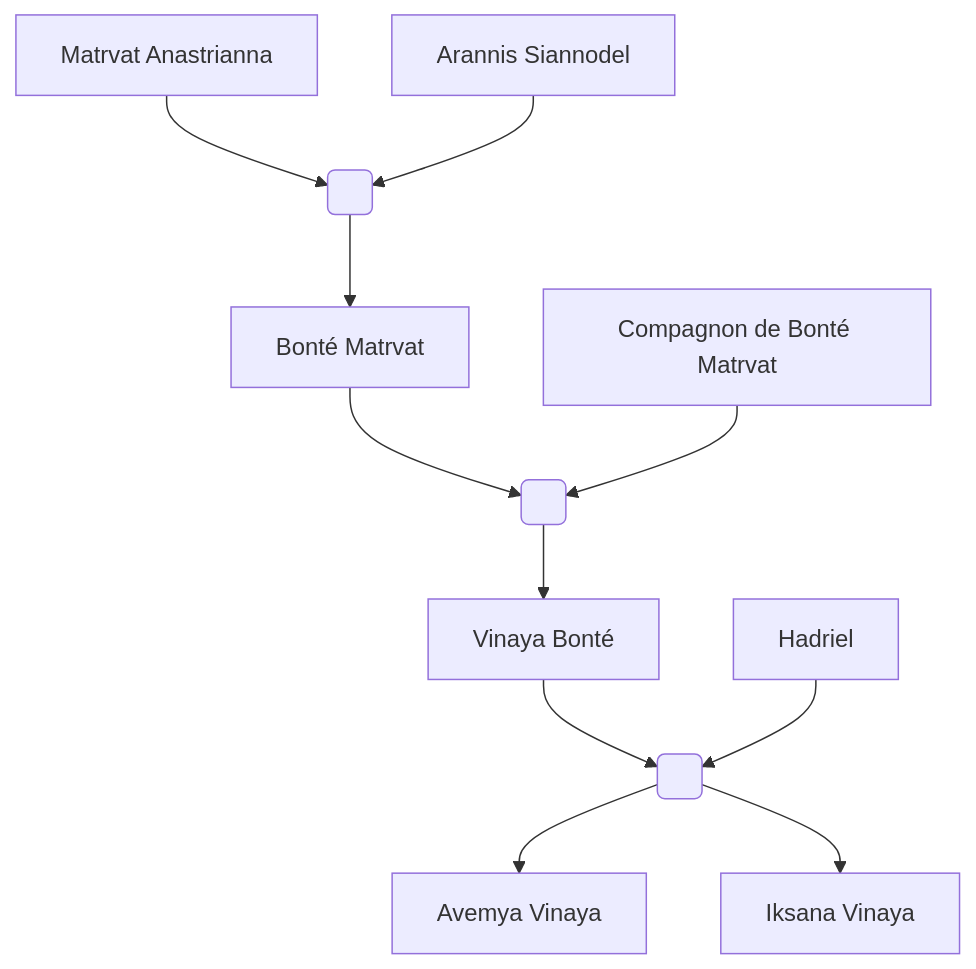
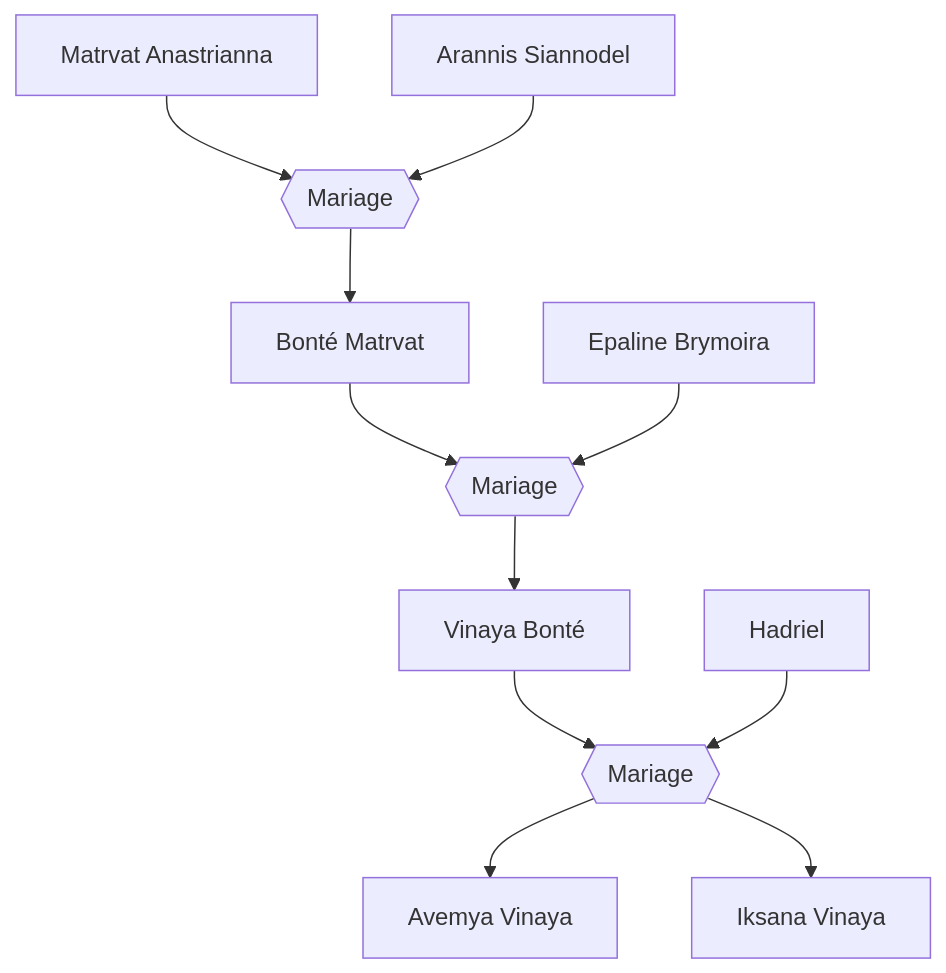
Before and after one commit to Taratatsa/Envia: the diagram in Personnages/Joueur/Une Angélique Errance/Iksana Vinaya.md, drawn with Mermaid. The commit also changed 5 other files, not shown here.

````diff
--- a/Personnages/Joueur/Une Angélique Errance/Iksana Vinaya.md
+++ b/Personnages/Joueur/Une Angélique Errance/Iksana Vinaya.md
@@ -200,18 +200,18 @@
 ```mermaid
 graph TD
-    MA[Matrvat Anastrianna] --> MAxAS( )
+    MA[Matrvat Anastrianna] --> MAxAS{{Mariage}}
     AS[Arannis Siannodel] --> MAxAS
 
     MAxAS --> BM[Bonté Matrvat]
 
-	BM --> BMxS1( )
-    S1[Compagnon de Bonté Matrvat] --> BMxS1
+	BM --> BMxEB( )
+    EB[Epaline Brymoira] --> BMxEB{{Mariage}}
     
-    BMxS1 --> VB[Vinaya Bonté]
+    BMxEB --> VB[Vinaya Bonté]
 
 	VB --> VBxH( )
-    H[Hadriel] --> VBxH
+    H[Hadriel] --> VBxH{{Mariage}}
 
 	VBxH --> AV[Avemya Vinaya]
 	VBxH --> IV[Iksana Vinaya]
 ```
````
